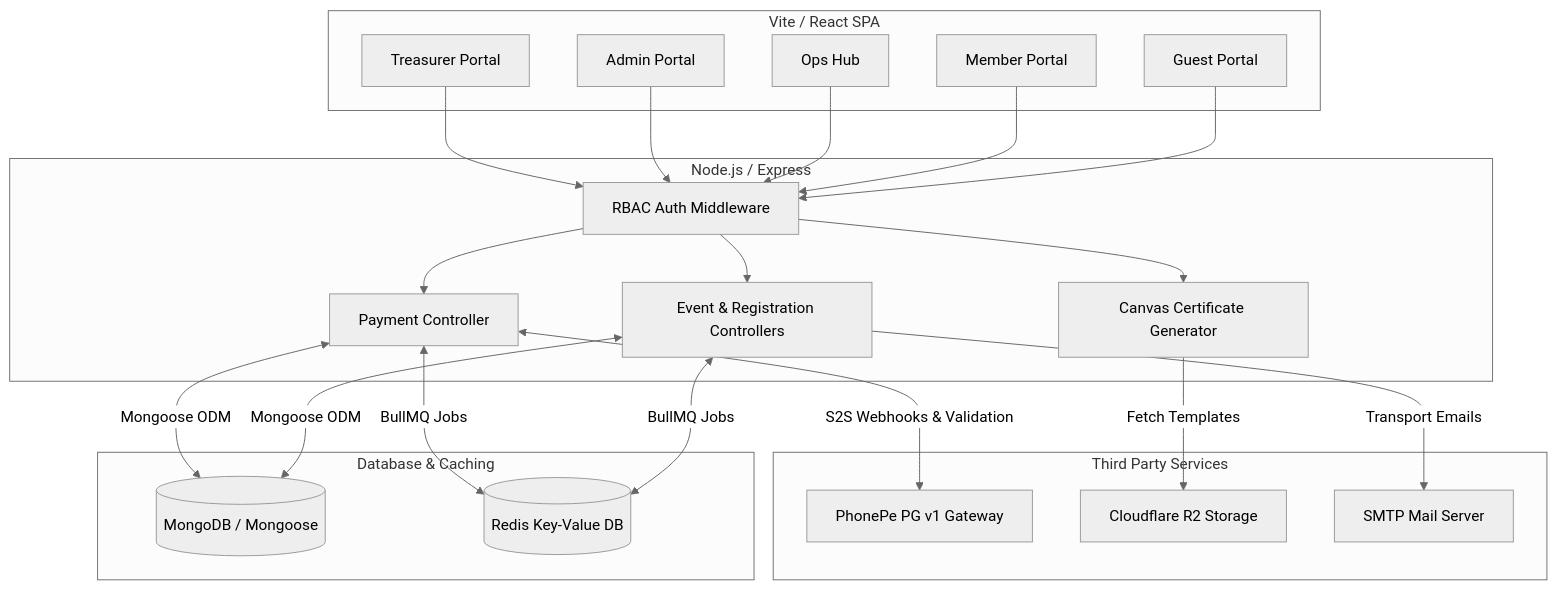
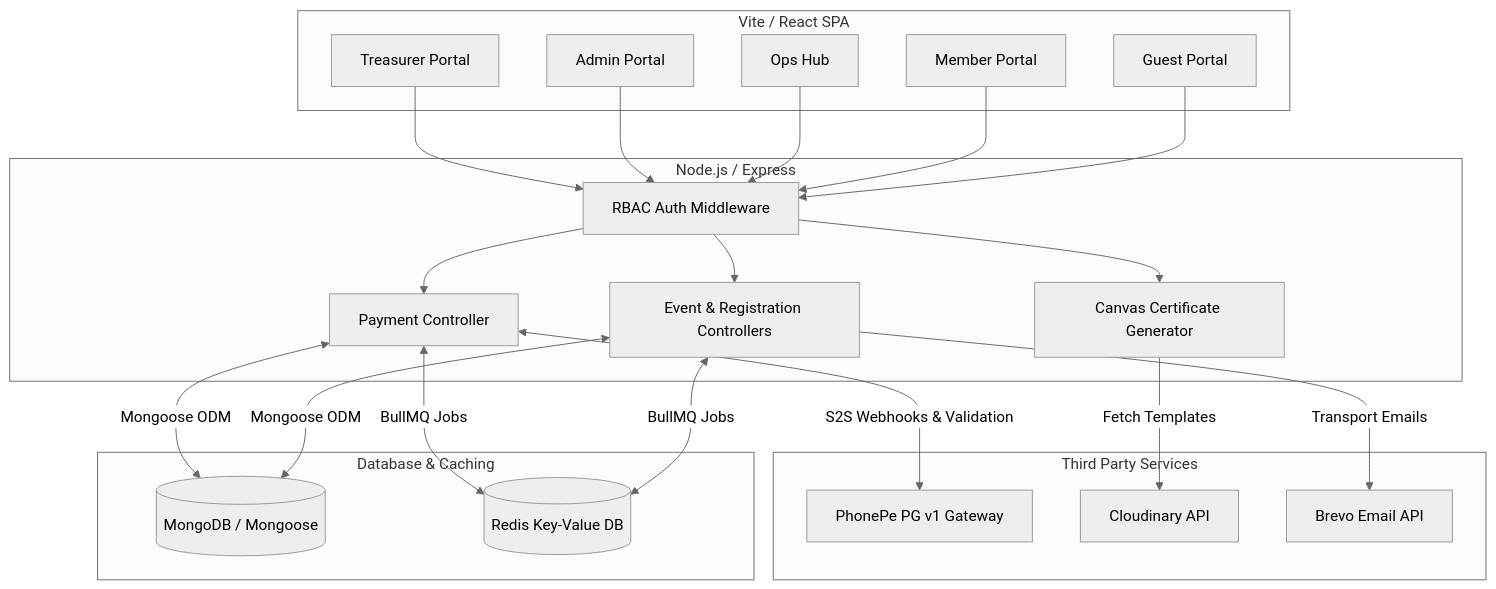
One commit to Charan512/ACE changed the first of 2 diagrams in README.md. Above: the diagram before and after it, drawn with Mermaid (neutral theme). The commit also changed other lines of this file and 1 other file, not shown here.

````diff
--- a/README.md
+++ b/README.md
@@ -57,51 +57,51 @@
 ```mermaid
 graph TD
     subgraph Client Layer [Vite / React SPA]
         GP[Guest Portal]
         MP[Member Portal]
         OP[Ops Hub]
         AP[Admin Portal]
         TP[Treasurer Portal]
     end
 
     subgraph Application Server [Node.js / Express]
         Auth[RBAC Auth Middleware]
         EC[Event & Registration Controllers]
         CC[Canvas Certificate Generator]
         PaymentC[Payment Controller]
     end
 
     subgraph Database & Caching
         Mongo[("MongoDB / Mongoose")]
         Redis[("Redis Key-Value DB")]
     end
 
     subgraph Third Party Services
         PhonePe["PhonePe PG v1 Gateway"]
-        R2["Cloudflare R2 Storage"]
-        SMTP["SMTP Mail Server"]
+        Cloudinary["Cloudinary API"]
+        Brevo["Brevo Email API"]
     end
 
     %% Client to Server routing
     GP --> Auth
     MP --> Auth
     OP --> Auth
     AP --> Auth
     TP --> Auth
 
     %% Server Internal
     Auth --> EC
     Auth --> CC
     Auth --> PaymentC
 
     %% Server to DB
     EC <--> |"Mongoose ODM"| Mongo
     PaymentC <--> |"Mongoose ODM"| Mongo
     EC <--> |"BullMQ Jobs"| Redis
     PaymentC <--> |"BullMQ Jobs"| Redis
 
     %% Third party communication
-    CC --> |"Fetch Templates"| R2
+    CC --> |"Fetch Templates"| Cloudinary
     PaymentC <--> |"S2S Webhooks & Validation"| PhonePe
-    EC --> |"Transport Emails"| SMTP
+    EC --> |"Transport Emails"| Brevo
 ```
````
